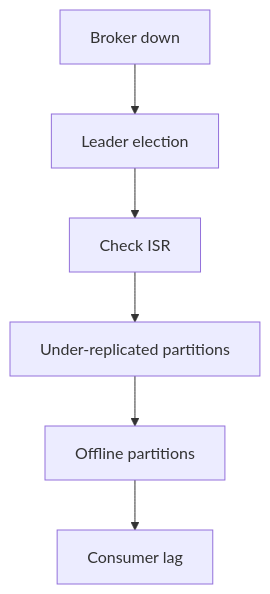
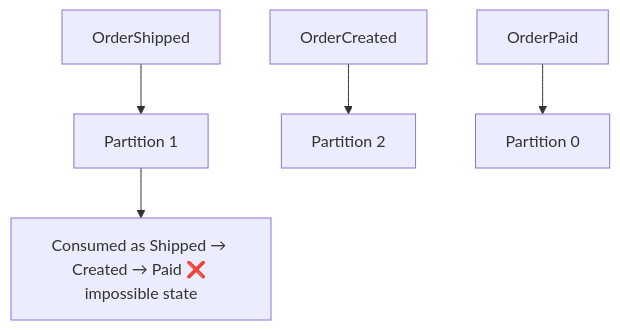
Diagram 23 of 31 in files/08-edge-cases/Tier-4-Kafka-Deep-Dive.md (pankajThakur1874/studysheet), drawn with Mermaid before and after one commit. The commit also changed other lines of this file and 5 other files, not shown here.

````diff
--- a/files/08-edge-cases/Tier-4-Kafka-Deep-Dive.md
+++ b/files/08-edge-cases/Tier-4-Kafka-Deep-Dive.md
@@ -479,8 +842,7 @@
 ```mermaid
 flowchart TD
-    BD["Broker down"] --> LE["Leader election"]
-    LE --> ISR["Check ISR"]
-    ISR --> URP["Under-replicated partitions"]
-    URP --> OP["Offline partitions"]
-    OP --> CL["Consumer lag"]
+    N1["OrderShipped"] --> PA["Partition 1"]
+    N2["OrderCreated"] --> PB["Partition 2"]
+    N3["OrderPaid"] --> PC["Partition 0"]
+    PA --> Bad["Consumed as Shipped → Created → Paid ❌ impossible state"]
 ```
````
